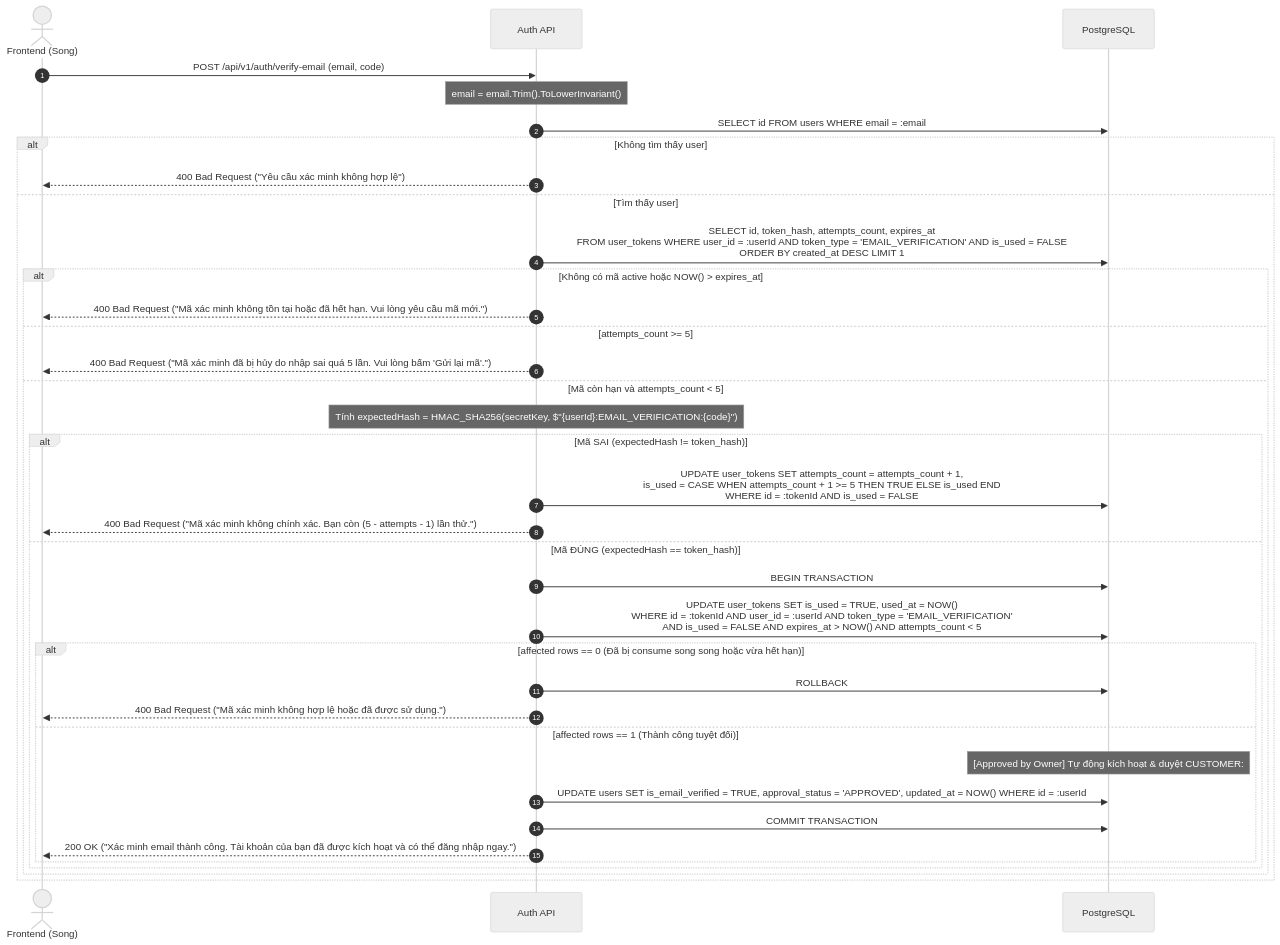
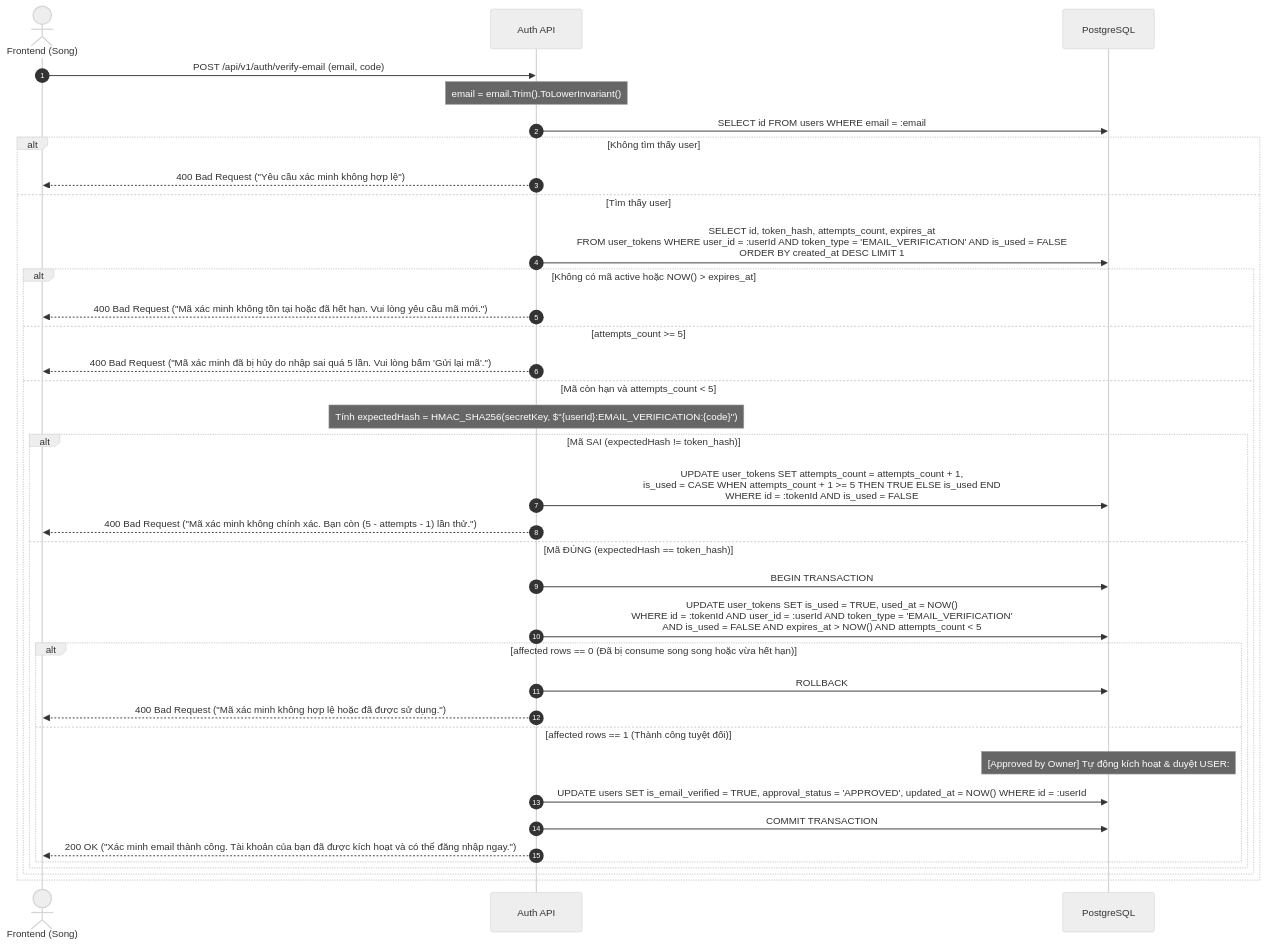
One commit to silver-phung/smart-parking-system changed the second of 3 diagrams in docs/database/09_ACCOUNTS_AUTH_FLOWS.md. Above: the diagram before and after it, drawn with Mermaid (neutral theme). The commit also changed other lines of this file and 21 other files, not shown here.

````diff
--- a/docs/database/09_ACCOUNTS_AUTH_FLOWS.md
+++ b/docs/database/09_ACCOUNTS_AUTH_FLOWS.md
@@ -89,40 +89,40 @@
 ```mermaid
 sequenceDiagram
     autonumber
     actor Client as Frontend (Song)
     participant API as Auth API
     participant DB as PostgreSQL
 
     Client->>API: POST /api/v1/auth/verify-email (email, code)
     Note over API: email = email.Trim().ToLowerInvariant()
     API->>DB: SELECT id FROM users WHERE email = :email;
     alt Không tìm thấy user
         API-->>Client: 400 Bad Request ("Yêu cầu xác minh không hợp lệ")
     else Tìm thấy user
         API->>DB: SELECT id, token_hash, attempts_count, expires_at<br/>FROM user_tokens WHERE user_id = :userId AND token_type = 'EMAIL_VERIFICATION' AND is_used = FALSE<br/>ORDER BY created_at DESC LIMIT 1;
         
         alt Không có mã active hoặc NOW() > expires_at
             API-->>Client: 400 Bad Request ("Mã xác minh không tồn tại hoặc đã hết hạn. Vui lòng yêu cầu mã mới.")
         else attempts_count >= 5
             API-->>Client: 400 Bad Request ("Mã xác minh đã bị hủy do nhập sai quá 5 lần. Vui lòng bấm 'Gửi lại mã'.")
         else Mã còn hạn và attempts_count < 5
             Note over API: Tính expectedHash = HMAC_SHA256(secretKey, $"{userId}:EMAIL_VERIFICATION:{code}")
             alt Mã SAI (expectedHash != token_hash)
                 API->>DB: UPDATE user_tokens SET attempts_count = attempts_count + 1,<br/>is_used = CASE WHEN attempts_count + 1 >= 5 THEN TRUE ELSE is_used END<br/>WHERE id = :tokenId AND is_used = FALSE;
                 API-->>Client: 400 Bad Request ("Mã xác minh không chính xác. Bạn còn (5 - attempts - 1) lần thử.")
             else Mã ĐÚNG (expectedHash == token_hash)
                 API->>DB: BEGIN TRANSACTION
                 API->>DB: UPDATE user_tokens SET is_used = TRUE, used_at = NOW()<br/>WHERE id = :tokenId AND user_id = :userId AND token_type = 'EMAIL_VERIFICATION'<br/>  AND is_used = FALSE AND expires_at > NOW() AND attempts_count < 5;
                 alt affected rows == 0 (Đã bị consume song song hoặc vừa hết hạn)
                     API->>DB: ROLLBACK
                     API-->>Client: 400 Bad Request ("Mã xác minh không hợp lệ hoặc đã được sử dụng.")
                 else affected rows == 1 (Thành công tuyệt đối)
-                    Note over DB: [Approved by Owner] Tự động kích hoạt & duyệt CUSTOMER:
+                    Note over DB: [Approved by Owner] Tự động kích hoạt & duyệt USER:
                     API->>DB: UPDATE users SET is_email_verified = TRUE, approval_status = 'APPROVED', updated_at = NOW() WHERE id = :userId;
                     API->>DB: COMMIT TRANSACTION
                     API-->>Client: 200 OK ("Xác minh email thành công. Tài khoản của bạn đã được kích hoạt và có thể đăng nhập ngay.")
                 end
             end
         end
     end
 ```
````
